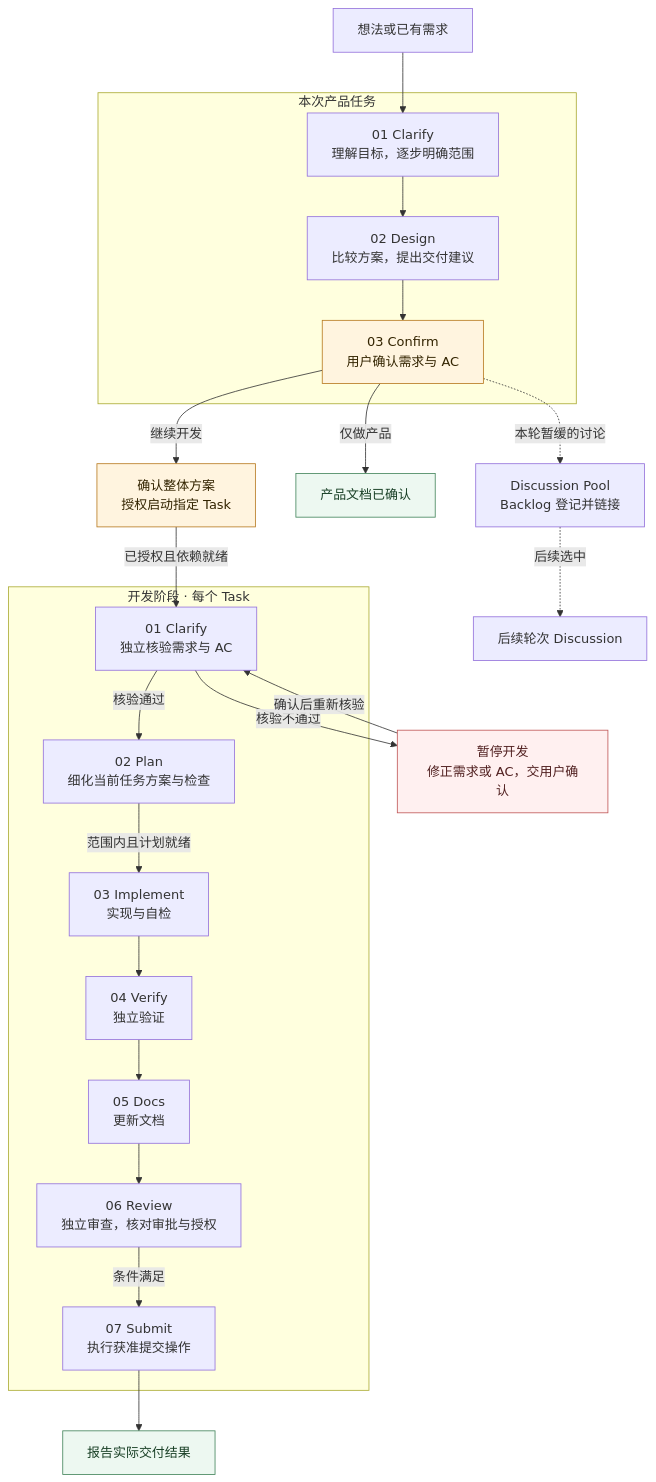
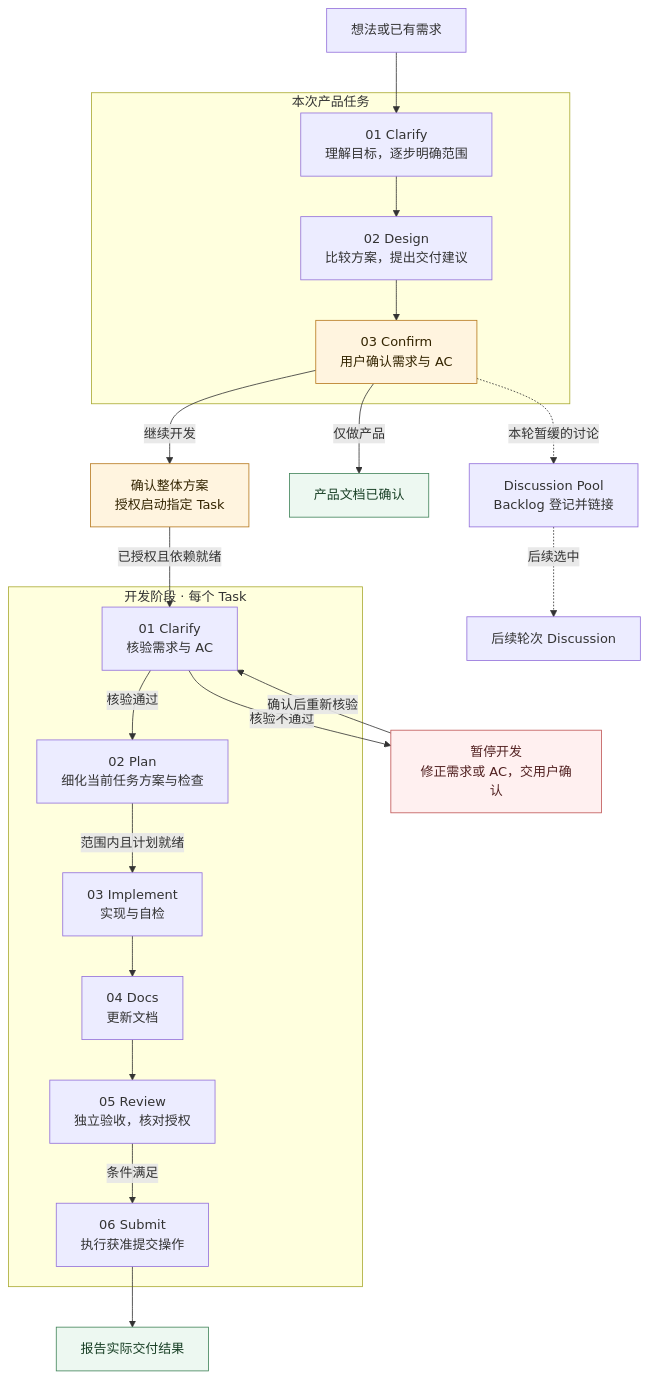
Before and after one commit to BenYang9527/skills-develop: the diagram in skills/engineering/td-harness-build/assets/agents.md, drawn with Mermaid. The commit also changed other lines of this file and 43 other files, not shown here.

````diff
--- a/skills/engineering/td-harness-build/assets/agents.md
+++ b/skills/engineering/td-harness-build/assets/agents.md
@@ -41,43 +41,42 @@
 ```mermaid
 flowchart TB
     START["想法或已有需求"] --> P1
 
     subgraph PRODUCT[本次产品任务]
         P1["01 Clarify<br/>理解目标，逐步明确范围"]
         P2["02 Design<br/>比较方案，提出交付建议"]
         P3["03 Confirm<br/>用户确认需求与 AC"]
         P1 --> P2 --> P3
     end
 
     P3 -.->|本轮暂缓的讨论| POOL["Discussion Pool<br/>Backlog 登记并链接"]
     POOL -.->|后续选中| NEXT["后续轮次 Discussion"]
 
     P3 -->|仅做产品| PRODUCT_DONE["产品文档已确认"]
     P3 -->|继续开发| READY["确认整体方案<br/>授权启动指定 Task"]
     READY -->|已授权且依赖就绪| D1
 
     subgraph DEVELOPMENT[开发阶段 · 每个 Task]
-        D1["01 Clarify<br/>独立核验需求与 AC"]
+        D1["01 Clarify<br/>核验需求与 AC"]
         D2["02 Plan<br/>细化当前任务方案与检查"]
         D3["03 Implement<br/>实现与自检"]
-        D4["04 Verify<br/>独立验证"]
-        D5["05 Docs<br/>更新文档"]
-        D6["06 Review<br/>独立审查，核对审批与授权"]
-        D7["07 Submit<br/>执行获准提交操作"]
+        D5["04 Docs<br/>更新文档"]
+        D6["05 Review<br/>独立验收，核对授权"]
+        D7["06 Submit<br/>执行获准提交操作"]
         D1 -->|核验通过| D2
         D2 -->|范围内且计划就绪| D3
-        D3 --> D4 --> D5 --> D6
+        D3 --> D5 --> D6
         D6 -->|条件满足| D7
     end
 
     D1 -->|核验不通过| FIX["暂停开发<br/>修正需求或 AC，交用户确认"]
     FIX -->|确认后重新核验| D1
     D7 --> DONE["报告实际交付结果"]
 
     classDef confirm fill:#fff4df,stroke:#b7791f,color:#332400;
     classDef stop fill:#fff0f0,stroke:#c05656,color:#512020;
     classDef result fill:#edf8f1,stroke:#42845a,color:#183f25;
     class P3,READY confirm;
     class FIX stop;
     class PRODUCT_DONE,DONE result;
 ```
````
